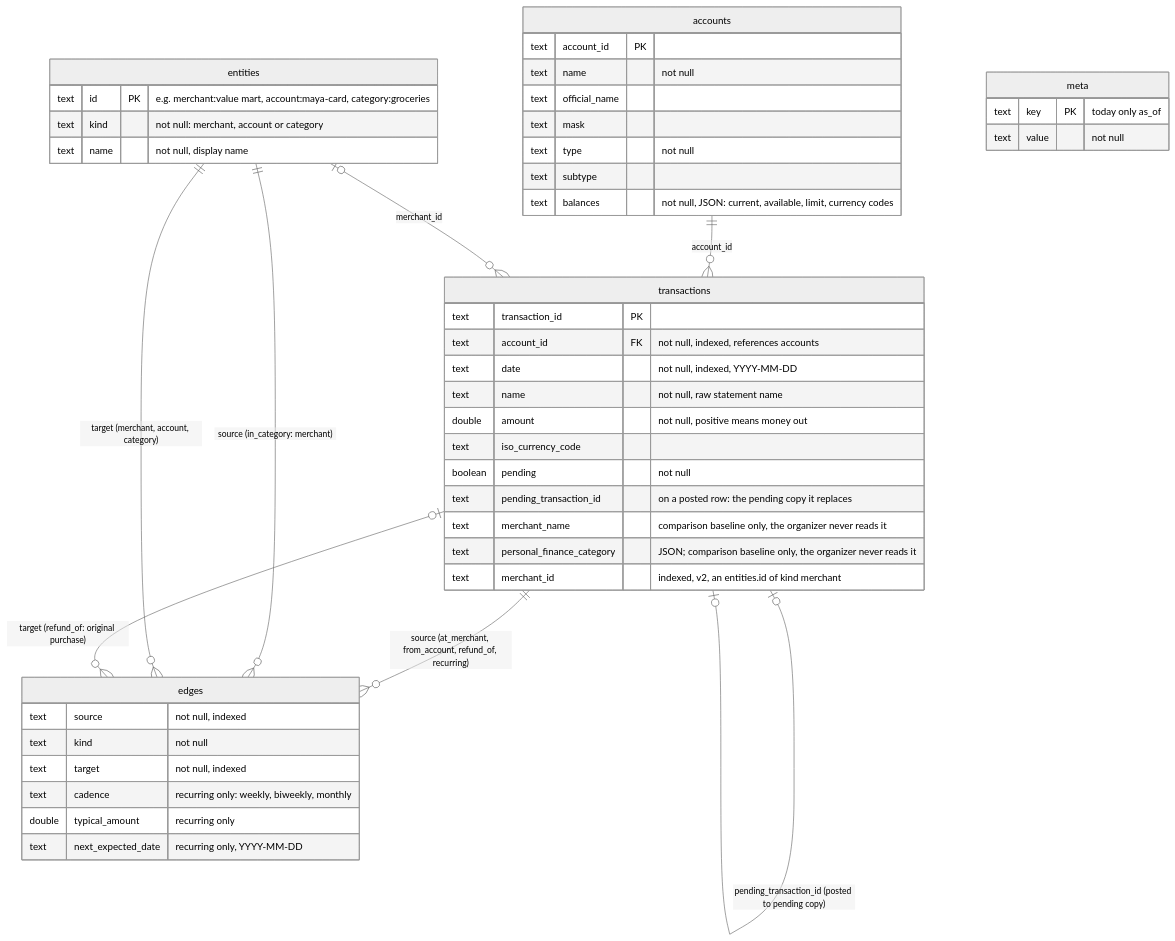
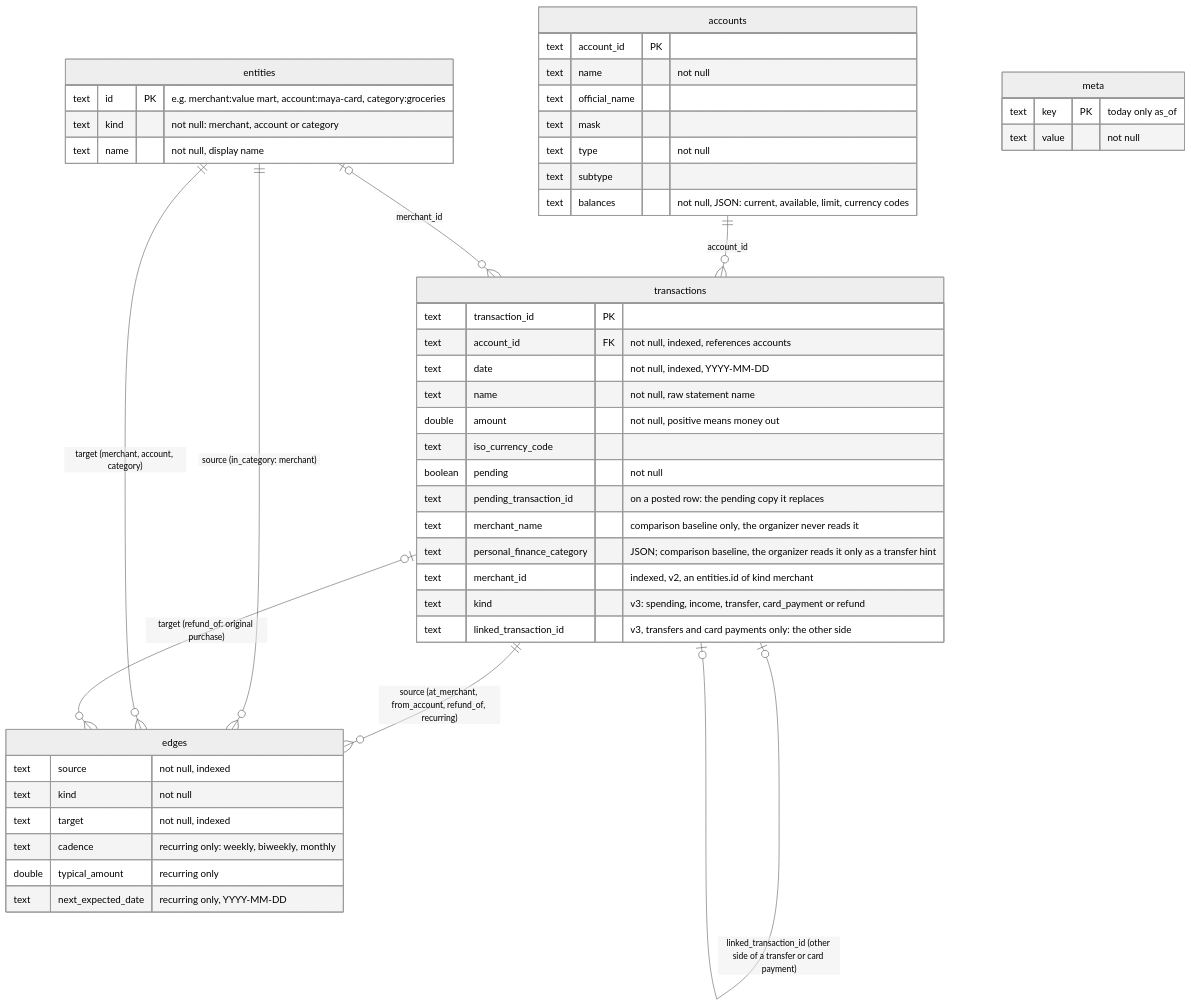
Before and after one commit to polter-dev/Sedge: the diagram in docs/erd.md, drawn with Mermaid (neutral theme). The commit also changed other lines of this file and 4 other files, not shown here.

Commit message:
Match card payments and transfers between own accounts (#4)

````diff
--- a/docs/erd.md
+++ b/docs/erd.md
@@ -7,54 +7,57 @@
 ```mermaid
 erDiagram
     accounts ||--o{ transactions : "account_id"
     transactions |o--o| transactions : "pending_transaction_id (posted to pending copy)"
+    transactions |o--o| transactions : "linked_transaction_id (other side of a transfer or card payment)"
     entities |o--o{ transactions : "merchant_id"
     transactions ||--o{ edges : "source (at_merchant, from_account, refund_of, recurring)"
     entities ||--o{ edges : "source (in_category: merchant)"
     entities ||--o{ edges : "target (merchant, account, category)"
     transactions |o--o{ edges : "target (refund_of: original purchase)"
 
     accounts {
         text account_id PK
         text name "not null"
         text official_name
         text mask
         text type "not null"
         text subtype
         text balances "not null, JSON: current, available, limit, currency codes"
     }
 
     transactions {
         text transaction_id PK
         text account_id FK "not null, indexed, references accounts"
         text date "not null, indexed, YYYY-MM-DD"
         text name "not null, raw statement name"
         double amount "not null, positive means money out"
         text iso_currency_code
         boolean pending "not null"
         text pending_transaction_id "on a posted row: the pending copy it replaces"
         text merchant_name "comparison baseline only, the organizer never reads it"
-        text personal_finance_category "JSON; comparison baseline only, the organizer never reads it"
+        text personal_finance_category "JSON; comparison baseline, the organizer reads it only as a transfer hint"
         text merchant_id "indexed, v2, an entities.id of kind merchant"
+        text kind "v3: spending, income, transfer, card_payment or refund"
+        text linked_transaction_id "v3, transfers and card payments only: the other side"
     }
 
     meta {
         text key PK "today only as_of"
         text value "not null"
     }
 
     entities {
         text id PK "e.g. merchant:value mart, account:maya-card, category:groceries"
         text kind "not null: merchant, account or category"
         text name "not null, display name"
     }
 
     edges {
         text source "not null, indexed"
         text kind "not null"
         text target "not null, indexed"
         text cadence "recurring only: weekly, biweekly, monthly"
         double typical_amount "recurring only"
         text next_expected_date "recurring only, YYYY-MM-DD"
     }
 ```
````
